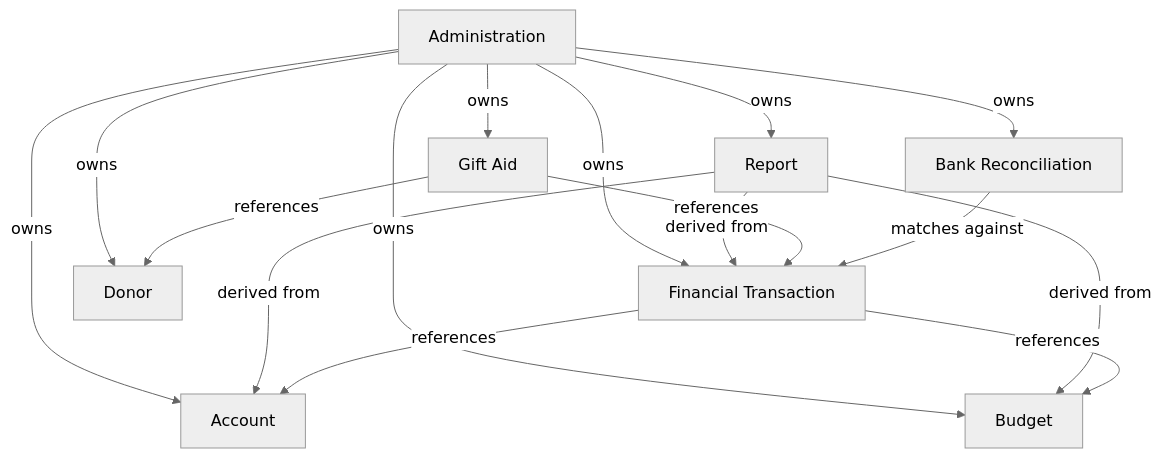
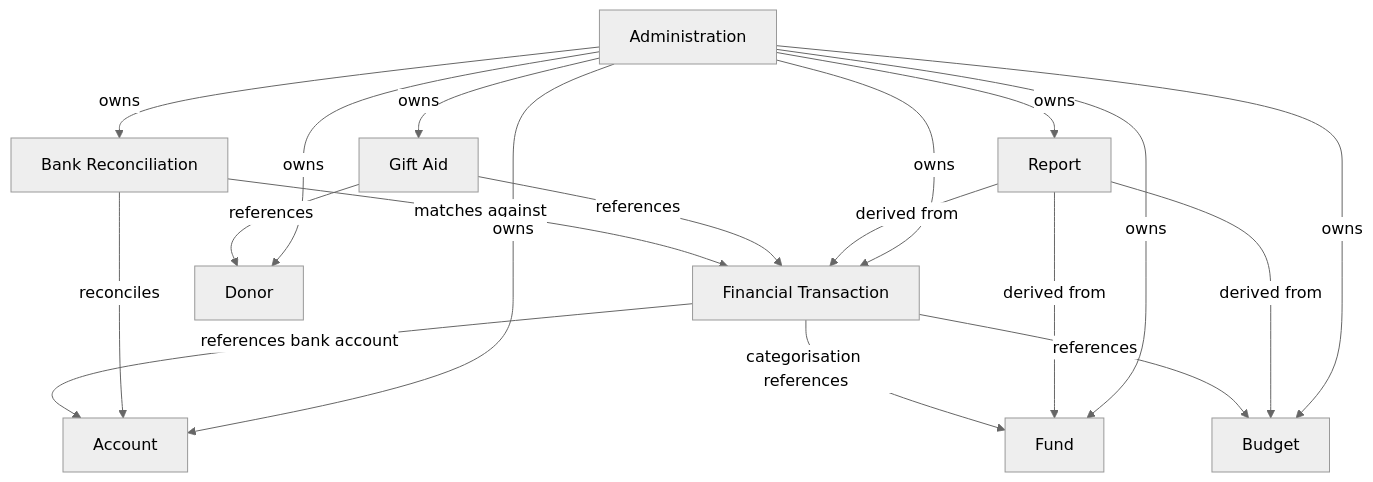
The diagram in church-finance-backend/src/documents/domain-model.md (calvinthomas150/church-finance), drawn with Mermaid (neutral theme) before and after one commit. The commit also changed other lines of this file and 38 other files, not shown here.

First line of the commit message:
Domain Modelling for Account, Fund and Transaction (#21)

````diff
--- a/church-finance-backend/src/documents/domain-model.md
+++ b/church-finance-backend/src/documents/domain-model.md
@@ -130,27 +140,31 @@
 ```mermaid
 graph TD
     Admin[Administration]
     FT[Financial Transaction]
     BR[Bank Reconciliation]
     Acc[Account]
+    Fund[Fund]
     Bud[Budget]
     Don[Donor]
     GA[Gift Aid]
     Rep[Report]
 
-    FT -->|references| Acc
+    FT -->|references bank account| Acc
+    FT -->|categorisation references| Fund
     FT -->|references| Bud
     BR -->|matches against| FT
+    BR -->|reconciles| Acc
     GA -->|references| Don
     GA -->|references| FT
     Rep -->|derived from| FT
     Rep -->|derived from| Bud
-    Rep -->|derived from| Acc
+    Rep -->|derived from| Fund
     Admin -->|owns| FT
     Admin -->|owns| BR
     Admin -->|owns| Acc
+    Admin -->|owns| Fund
     Admin -->|owns| Bud
     Admin -->|owns| Don
     Admin -->|owns| GA
     Admin -->|owns| Rep
 ```
````
